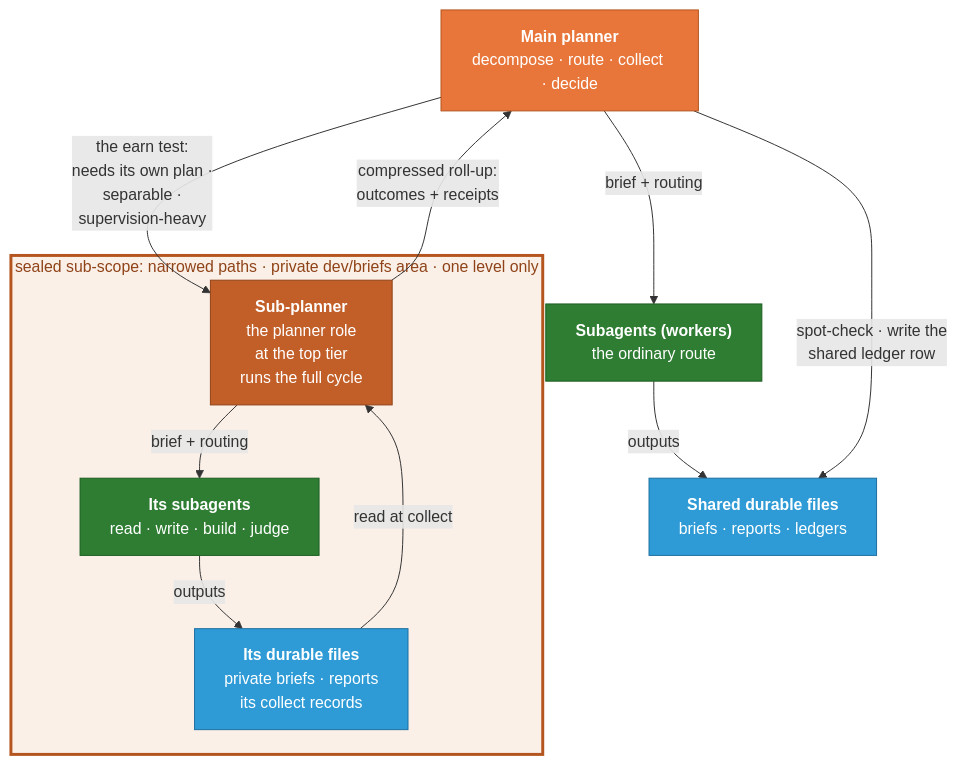
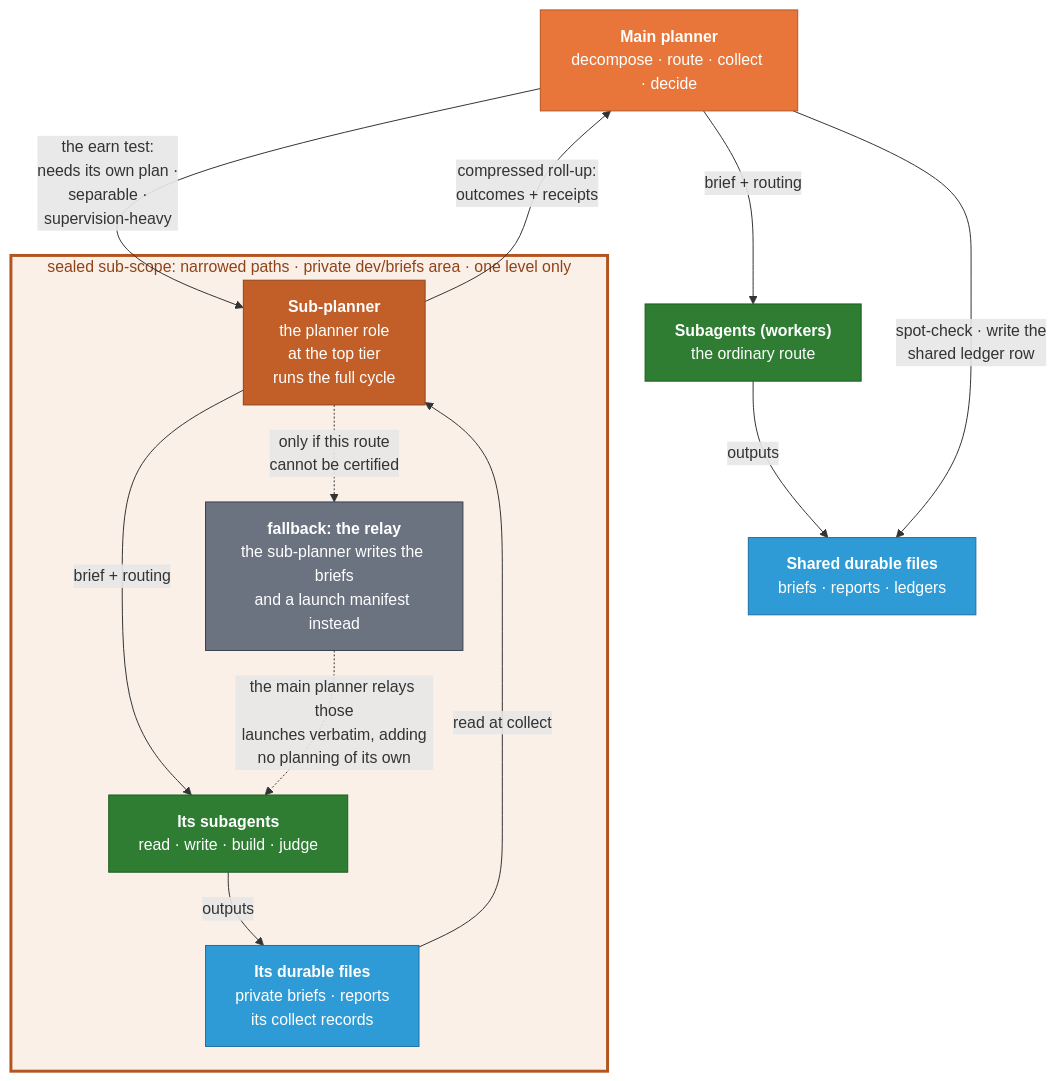
The third of 4 diagrams in Documentation/human_md/WORKFLOW_GUIDE.md (forest-microclimate/CC-CS-Research-Toolkits), drawn with Mermaid before and after one commit. The commit also changed other lines of this file and 107 other files, not shown here.

````diff
--- a/Documentation/human_md/WORKFLOW_GUIDE.md
+++ b/Documentation/human_md/WORKFLOW_GUIDE.md
@@ -264,28 +372,33 @@
 ```mermaid
 flowchart TD
     MAIN["<b>Main planner</b><br/>decompose · route · collect · decide"]
     WORK["<b>Subagents (workers)</b><br/>the ordinary route"]
     FILES["<b>Shared durable files</b><br/>briefs · reports · ledgers"]
     subgraph SEAL["sealed sub-scope: narrowed paths · private dev/briefs area · one level only"]
         SUBP["<b>Sub-planner</b><br/>the planner role<br/>at the top tier<br/>runs the full cycle"]
         SUBW["<b>Its subagents</b><br/>read · write · build · judge"]
         SUBF["<b>Its durable files</b><br/>private briefs · reports<br/>its collect records"]
+        RELAY["<b>fallback: the relay</b><br/>the sub-planner writes the briefs<br/>and a launch manifest instead"]
         SUBP -->|"brief + routing"| SUBW
         SUBW -->|"outputs"| SUBF
         SUBF -->|"read at collect"| SUBP
+        SUBP -.->|"only if this route<br/>cannot be certified"| RELAY
+        RELAY -.->|"the main planner relays those<br/>launches verbatim, adding<br/>no planning of its own"| SUBW
     end
     MAIN -->|"brief + routing"| WORK
     WORK -->|"outputs"| FILES
     MAIN -->|"the earn test:<br/>needs its own plan ·<br/>separable ·<br/>supervision-heavy"| SUBP
     SUBP -->|"compressed roll-up:<br/>outcomes + receipts"| MAIN
     MAIN -->|"spot-check · write the<br/>shared ledger row"| FILES
     classDef planner fill:#E8763A,stroke:#B4551F,color:#ffffff
     classDef subplanner fill:#C25E28,stroke:#8F4318,color:#ffffff
     classDef workers fill:#2E7D32,stroke:#1B5E20,color:#ffffff
     classDef pool fill:#2E9BD6,stroke:#1C6FA0,color:#ffffff
+    classDef fallback fill:#6B7280,stroke:#374151,color:#ffffff
     class MAIN planner
     class SUBP subplanner
     class WORK,SUBW workers
     class FILES,SUBF pool
+    class RELAY fallback
     style SEAL fill:#FBF0E8,stroke:#B4551F,stroke-width:3px,color:#8F4318
 ```
````
